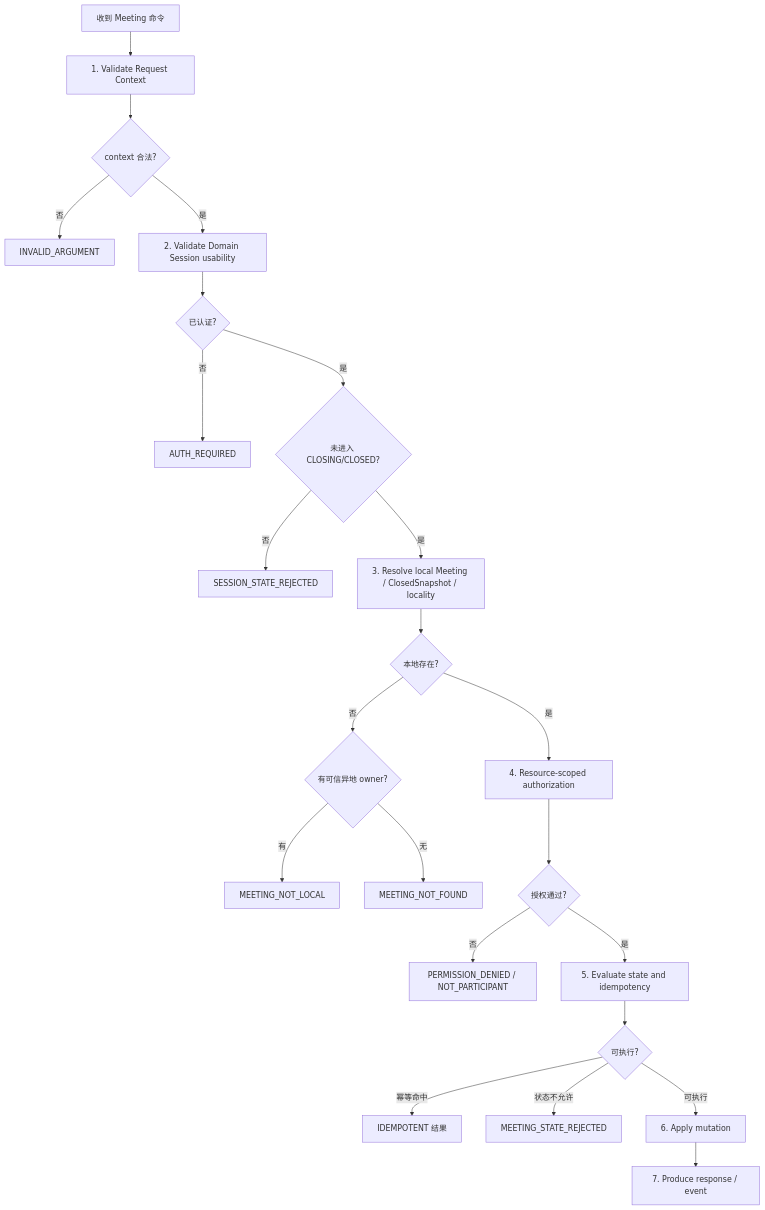
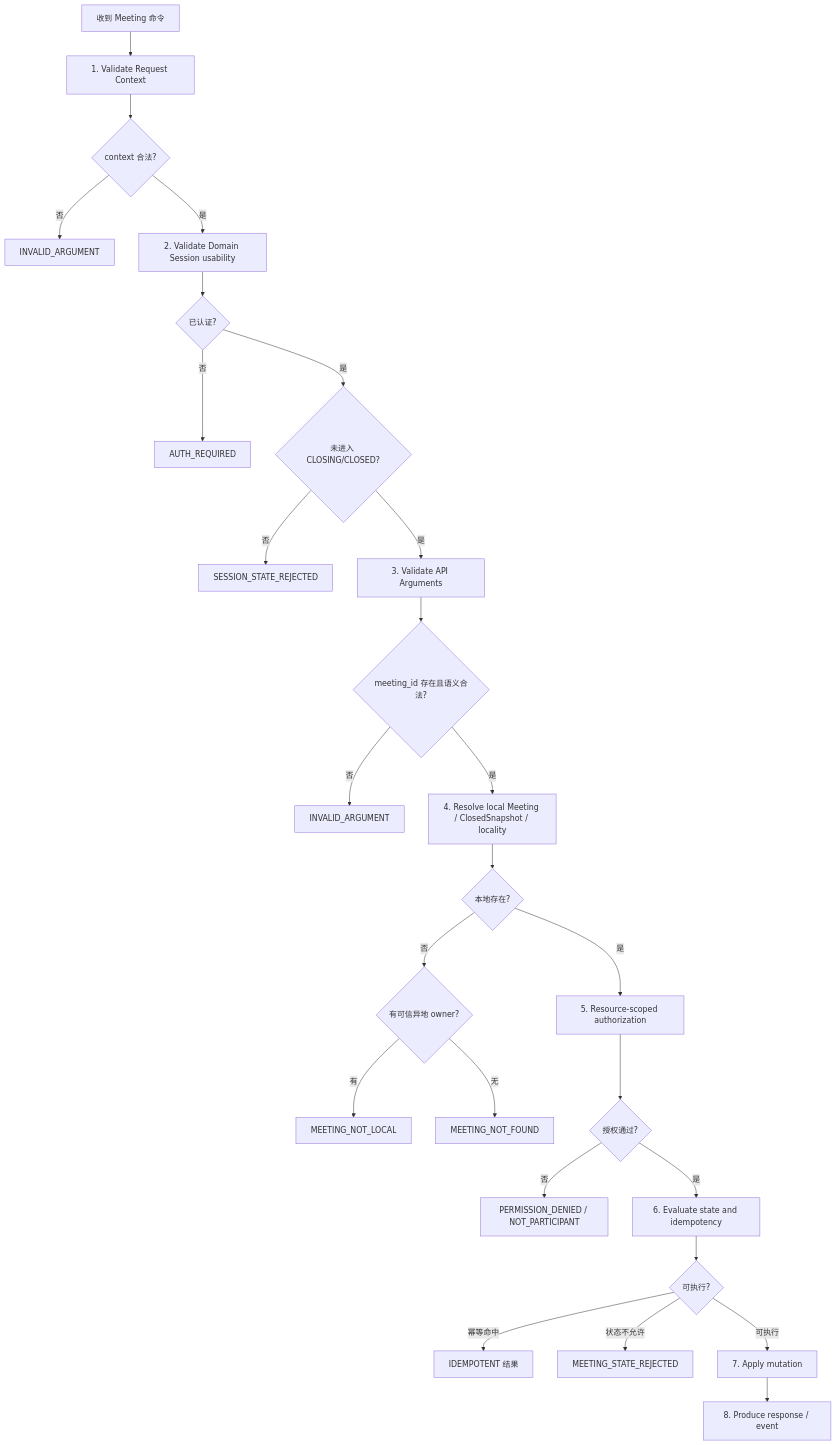
The diagram in docs/phase1/STEP-1.4-api-contract.md (tobeki/rtc-signaling-platform), drawn with Mermaid before and after one commit. The commit also changed other lines of this file, not shown here.

Commit message:
docs(phase1): Step 1.4 design review fix - CreateMeeting events, BeginClose/FinalizeClose boundary, INVALID_ARGUMENT precedence

````diff
--- a/docs/phase1/STEP-1.4-api-contract.md
+++ b/docs/phase1/STEP-1.4-api-contract.md
@@ -856,25 +1065,28 @@
 ```mermaid
 flowchart TD
     A["收到 Meeting 命令"] --> B["1. Validate Request Context"]
     B --> B1{"context 合法?"}
     B1 -- "否" --> B2["INVALID_ARGUMENT"]
     B1 -- "是" --> C["2. Validate Domain Session usability"]
     C --> C1{"已认证?"}
     C1 -- "否" --> C2["AUTH_REQUIRED"]
     C1 -- "是" --> C3{"未进入 CLOSING/CLOSED?"}
     C3 -- "否" --> C4["SESSION_STATE_REJECTED"]
-    C3 -- "是" --> D["3. Resolve local Meeting / ClosedSnapshot / locality"]
+    C3 -- "是" --> C5["3. Validate API Arguments"]
+    C5 --> C6{"meeting_id 存在且语义合法?"}
+    C6 -- "否" --> C7["INVALID_ARGUMENT"]
+    C6 -- "是" --> D["4. Resolve local Meeting / ClosedSnapshot / locality"]
     D --> D1{"本地存在?"}
     D1 -- "否" --> D2{"有可信异地 owner?"}
     D2 -- "有" --> D3["MEETING_NOT_LOCAL"]
     D2 -- "无" --> D4["MEETING_NOT_FOUND"]
-    D1 -- "是" --> E["4. Resource-scoped authorization"]
+    D1 -- "是" --> E["5. Resource-scoped authorization"]
     E --> E1{"授权通过?"}
     E1 -- "否" --> E2["PERMISSION_DENIED / NOT_PARTICIPANT"]
-    E1 -- "是" --> F["5. Evaluate state and idempotency"]
+    E1 -- "是" --> F["6. Evaluate state and idempotency"]
     F --> F1{"可执行?"}
     F1 -- "幂等命中" --> F2["IDEMPOTENT 结果"]
     F1 -- "状态不允许" --> F3["MEETING_STATE_REJECTED"]
-    F1 -- "可执行" --> G["6. Apply mutation"]
-    G --> H["7. Produce response / event"]
+    F1 -- "可执行" --> G["7. Apply mutation"]
+    G --> H["8. Produce response / event"]
 ```
````
